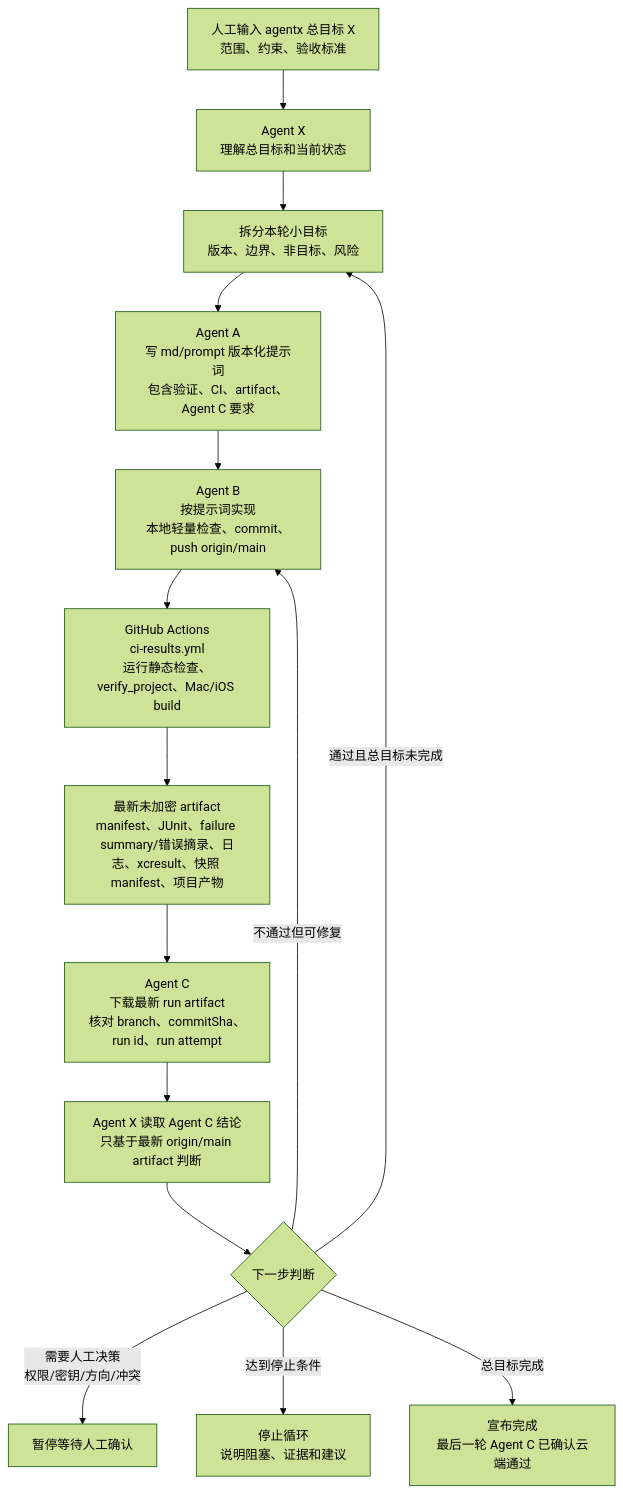
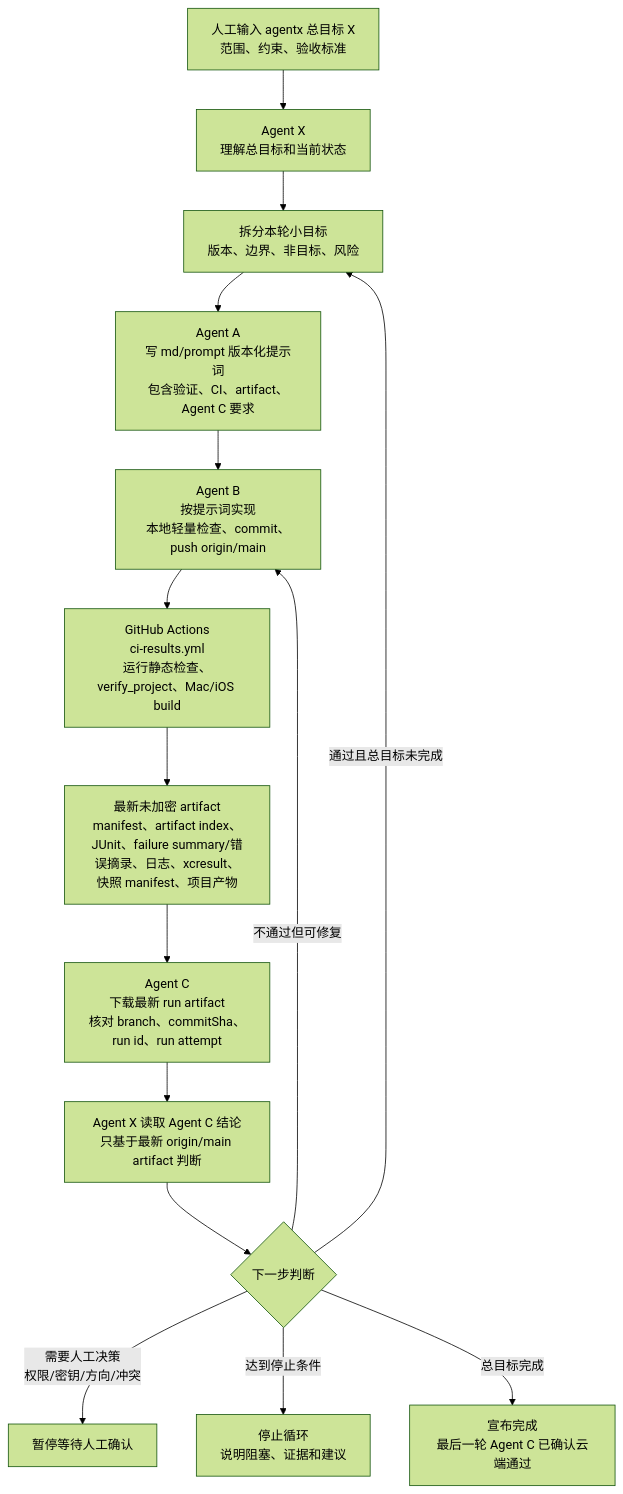
One commit to Altman-sam114/114 changed the sixth of 6 diagrams in md/flow/flowchart.md. Above: the diagram before and after it, drawn with Mermaid (forest theme). The commit also changed other lines of this file and 7 other files, not shown here.

````diff
--- a/md/flow/flowchart.md
+++ b/md/flow/flowchart.md
@@ -131,17 +131,17 @@
 ```mermaid
 flowchart TD
   H["人工输入 agentx 总目标 X<br/>范围、约束、验收标准"] --> X0["Agent X<br/>理解总目标和当前状态"]
   X0 --> X1["拆分本轮小目标<br/>版本、边界、非目标、风险"]
   X1 --> A["Agent A<br/>写 md/prompt 版本化提示词<br/>包含验证、CI、artifact、Agent C 要求"]
   A --> B["Agent B<br/>按提示词实现<br/>本地轻量检查、commit、push origin/main"]
   B --> CI["GitHub Actions<br/>ci-results.yml<br/>运行静态检查、verify_project、Mac/iOS build"]
-  CI --> ART["最新未加密 artifact<br/>manifest、JUnit、failure summary/错误摘录、日志、xcresult、快照 manifest、项目产物"]
+  CI --> ART["最新未加密 artifact<br/>manifest、artifact index、JUnit、failure summary/错误摘录、日志、xcresult、快照 manifest、项目产物"]
   ART --> C["Agent C<br/>下载最新 run artifact<br/>核对 branch、commitSha、run id、run attempt"]
   C --> X2["Agent X 读取 Agent C 结论<br/>只基于最新 origin/main artifact 判断"]
   X2 --> D{"下一步判断"}
   D -->|通过且总目标未完成| X1
   D -->|不通过但可修复| B
   D -->|需要人工决策<br/>权限/密钥/方向/冲突| P["暂停等待人工确认"]
   D -->|达到停止条件| S["停止循环<br/>说明阻塞、证据和建议"]
   D -->|总目标完成| DONE["宣布完成<br/>最后一轮 Agent C 已确认云端通过"]
 ```
````
